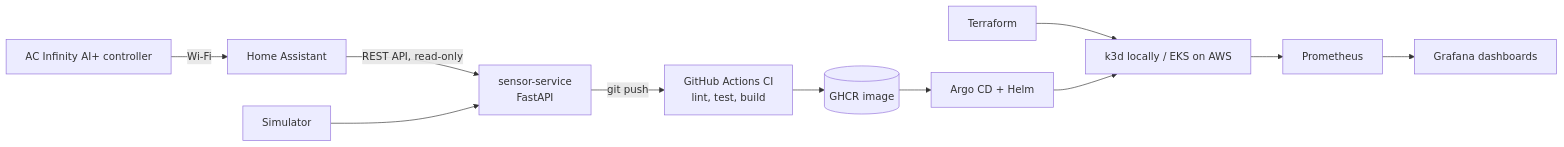
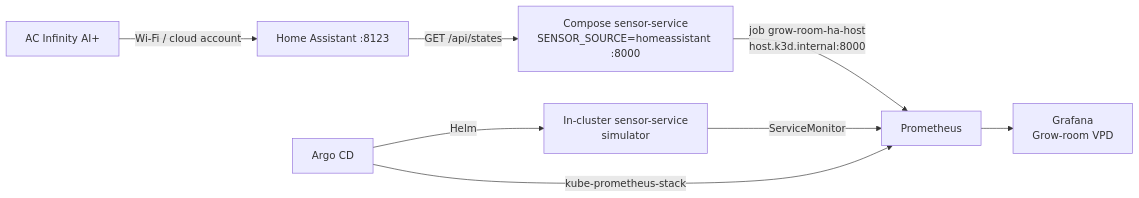
One commit to TontoBlanco/grow-room-platform changed the diagram in README.md. Above: the diagram before and after it, drawn with Mermaid. The commit also changed other lines of this file and 2 other files, not shown here.

First line of the commit message:
docs: publish the capstone README and architecture write-up

````diff
--- a/README.md
+++ b/README.md
@@ -17,12 +33,10 @@
 ```mermaid
 flowchart LR
-    T[AC Infinity AI+ controller] -->|Wi-Fi| HA[Home Assistant]
-    HA -->|REST API, read-only| S[sensor-service<br/>FastAPI]
-    SIM[Simulator] --> S
-    S -->|git push| CI[GitHub Actions CI<br/>lint, test, build]
-    CI --> GHCR[(GHCR image)]
-    TF[Terraform] --> K8S[k3d locally / EKS on AWS]
-    GHCR --> ARGO[Argo CD + Helm]
-    ARGO --> K8S
-    K8S --> PROM[Prometheus] --> GRAF[Grafana dashboards]
+  ACI["AC Infinity AI+"] -->|Wi-Fi / cloud account| HA["Home Assistant :8123"]
+  HA -->|"GET /api/states"| CS["Compose sensor-service<br/>SENSOR_SOURCE=homeassistant :8000"]
+  CS -->|"job grow-room-ha-host<br/>host.k3d.internal:8000"| PROM[Prometheus]
+  SIM["In-cluster sensor-service<br/>simulator"] -->|ServiceMonitor| PROM
+  PROM --> GRAF["Grafana<br/>Grow-room VPD"]
+  ARGO["Argo CD"] -->|Helm| SIM
+  ARGO -->|kube-prometheus-stack| PROM
 ```
````
